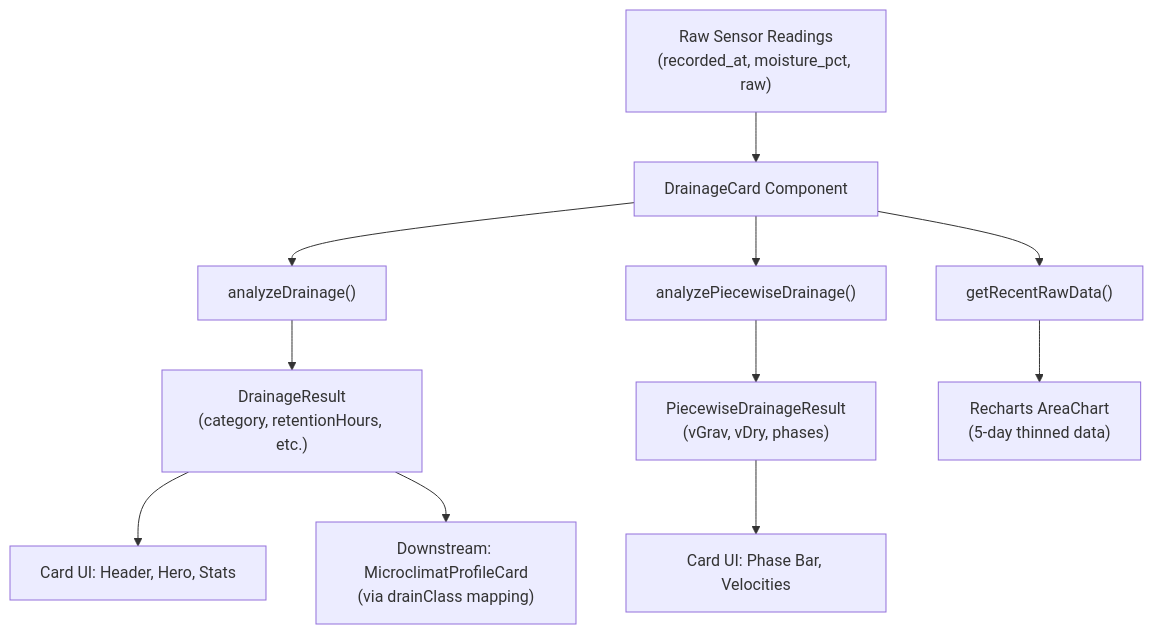
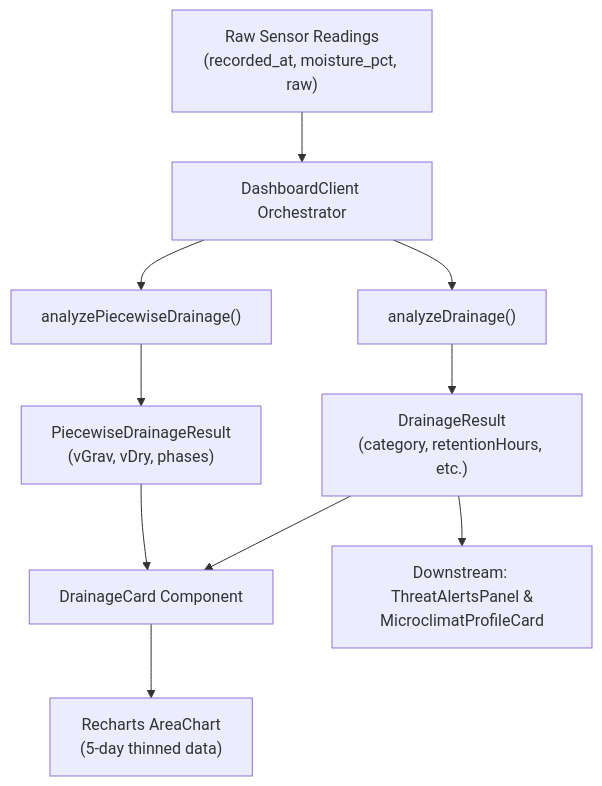
The first of 2 diagrams in docs/DrainageCard.md (Kamish76/ViabilityNode), drawn with Mermaid before and after one commit. The commit also changed other lines of this file and 9 other files, not shown here.

Commit message:
refactor: extract sensor utilities and drainage analysis into dedicated library modules

````diff
--- a/docs/DrainageCard.md
+++ b/docs/DrainageCard.md
@@ -24,13 +25,12 @@
 ```mermaid
 graph TD
-    A["Raw Sensor Readings<br/>(recorded_at, moisture_pct, raw)"] --> B["DrainageCard Component"]
+    A["Raw Sensor Readings<br/>(recorded_at, moisture_pct, raw)"] --> B["DashboardClient Orchestrator"]
     B --> C["analyzeDrainage()"]
     B --> D["analyzePiecewiseDrainage()"]
-    B --> E["getRecentRawData()"]
     C --> F["DrainageResult<br/>(category, retentionHours, etc.)"]
     D --> G["PiecewiseDrainageResult<br/>(vGrav, vDry, phases)"]
-    E --> H["Recharts AreaChart<br/>(5-day thinned data)"]
-    F --> I["Card UI: Header, Hero, Stats"]
-    G --> J["Card UI: Phase Bar, Velocities"]
-    F --> K["Downstream: MicroclimatProfileCard<br/>(via drainClass mapping)"]
+    F --> I["DrainageCard Component"]
+    G --> I
+    I --> H["Recharts AreaChart<br/>(5-day thinned data)"]
+    F --> K["Downstream: ThreatAlertsPanel &<br/>MicroclimatProfileCard"]
 ```
````
